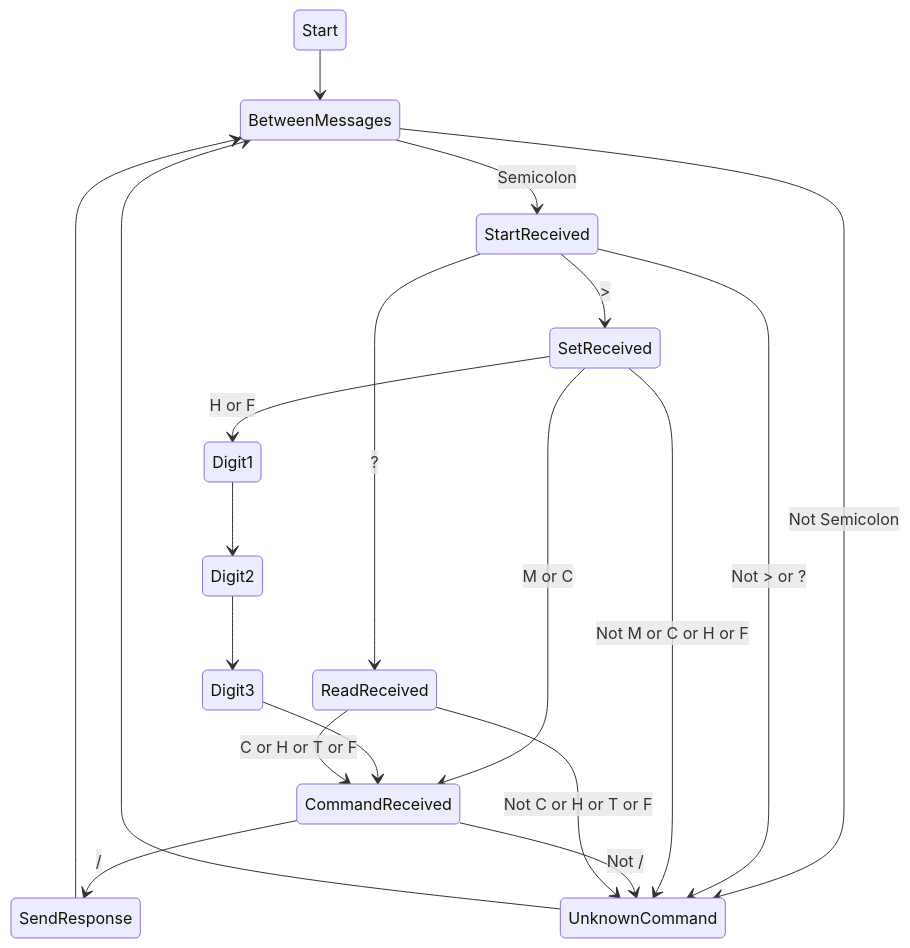
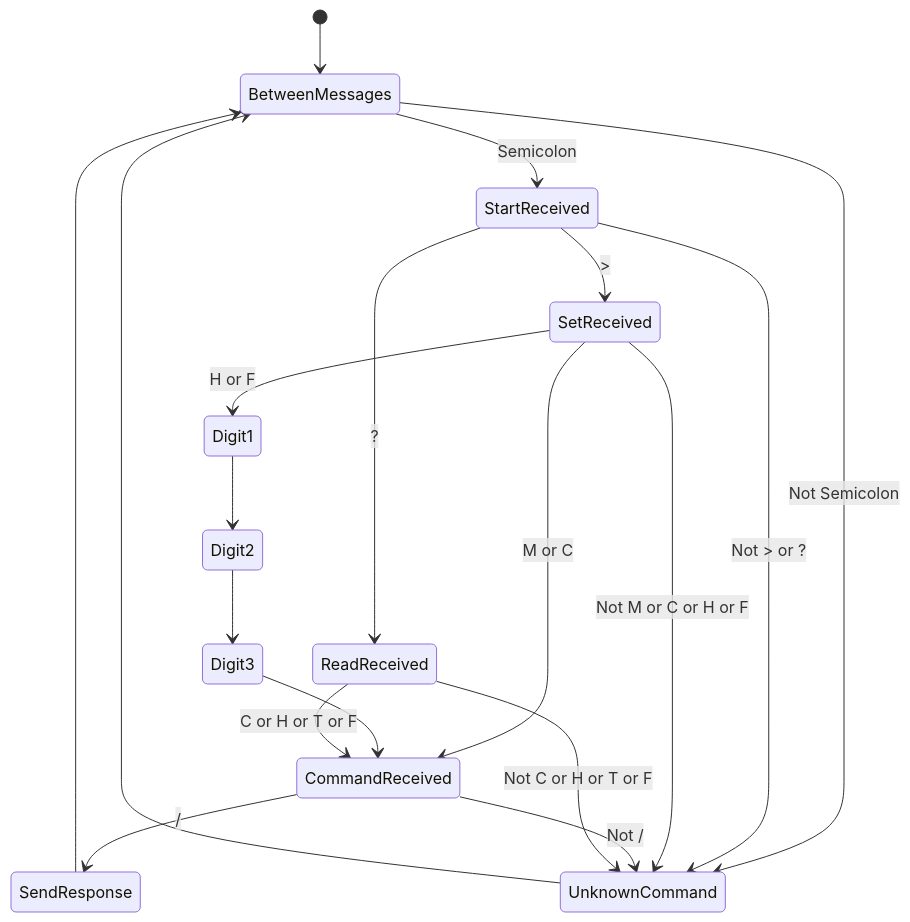
The diagram in Documentation/Protocol State Machine.md (NSE-labs/CoffeeRoasterV2), drawn with Mermaid before and after one commit.

Commit message:
Update Protocol State Machine.md

````diff
--- a/Documentation/Protocol State Machine.md
+++ b/Documentation/Protocol State Machine.md
@@ -5,21 +5,21 @@
 ```mermaid
   stateDiagram-V2
-      Start --> BetweenMessages
+      [*] --> BetweenMessages
       BetweenMessages --> StartReceived : Semicolon
       BetweenMessages --> UnknownCommand : Not Semicolon
       UnknownCommand --> BetweenMessages
       StartReceived --> SetReceived : >
       StartReceived --> ReadReceived : ?
       StartReceived --> UnknownCommand : Not > or ?
       SetReceived --> CommandReceived : M or C
       SetReceived --> Digit1 : H or F
       SetReceived --> UnknownCommand : Not M or C or H or F
       Digit1 --> Digit2
       Digit2 --> Digit3
       Digit3 --> CommandReceived
       CommandReceived --> SendResponse : /
       CommandReceived --> UnknownCommand : Not /
       SendResponse --> BetweenMessages
       ReadReceived --> CommandReceived : C or H or T or F
       ReadReceived --> UnknownCommand : Not C or H or T or F    
 ```
````
